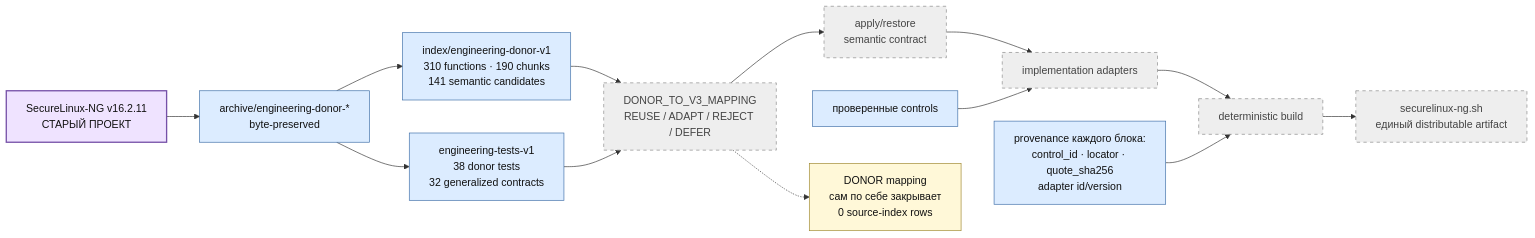
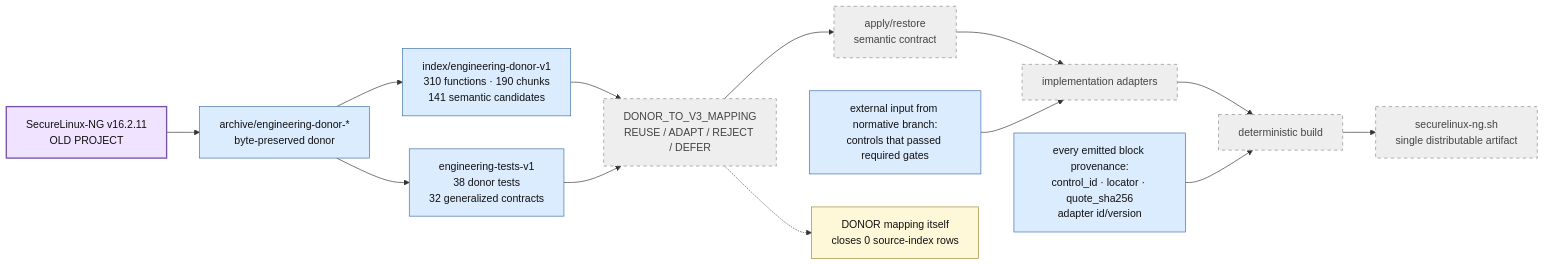
The third of 5 diagrams in docs/PROJECT-MAP-v3.md (rasav65/SecureLinux-Policy), drawn with Mermaid before and after one commit. The commit also changed other lines of this file and 16 other files, not shown here.

````diff
--- a/docs/PROJECT-MAP-v3.md
+++ b/docs/PROJECT-MAP-v3.md
@@ -130,33 +182,36 @@
 ```mermaid
 flowchart LR
-    OLD["SecureLinux-NG v16.2.11<br/>СТАРЫЙ ПРОЕКТ"]:::donor
+    OLD["SecureLinux-NG v16.2.11<br/>OLD PROJECT"]:::donor
 
-    ARCHIVE["archive/engineering-donor-*<br/>byte-preserved"]:::component
+    ARCHIVE["archive/engineering-donor-*<br/>byte-preserved donor"]:::component
     DONOR_INDEX["index/engineering-donor-v1<br/>310 functions · 190 chunks<br/>141 semantic candidates"]:::component
     DONOR_TESTS["engineering-tests-v1<br/>38 donor tests<br/>32 generalized contracts"]:::component
 
     MAP["DONOR_TO_V3_MAPPING<br/>REUSE / ADAPT / REJECT / DEFER"]:::future
     APPLY["apply/restore<br/>semantic contract"]:::future
     ADAPTERS["implementation adapters"]:::future
     BUILD["deterministic build"]:::future
-    SCRIPT["securelinux-ng.sh<br/>единый distributable artifact"]:::future
+    SCRIPT["securelinux-ng.sh<br/>single distributable artifact"]:::future
 
     OLD --> ARCHIVE
     ARCHIVE --> DONOR_INDEX
     ARCHIVE --> DONOR_TESTS
     DONOR_INDEX --> MAP
     DONOR_TESTS --> MAP
 
     MAP --> APPLY --> ADAPTERS --> BUILD --> SCRIPT
 
-    VERIFIED["проверенные controls"]:::component --> ADAPTERS
-    PROV["provenance каждого блока:<br/>control_id · locator · quote_sha256<br/>adapter id/version"]:::component --> BUILD
+    NORMIN["external input from normative branch:<br/>controls that passed required gates"]:::component
+    NORMIN --> ADAPTERS
 
-    ZERO["DONOR mapping<br/>сам по себе закрывает<br/>0 source-index rows"]:::note
+    PROVOUT["every emitted block provenance:<br/>control_id · locator · quote_sha256<br/>adapter id/version"]:::component
+    PROVOUT --> BUILD
+
+    ZERO["DONOR mapping itself<br/>closes 0 source-index rows"]:::note
     MAP -.-> ZERO
 
     classDef donor fill:#efe3ff,stroke:#7651a8,color:#111,stroke-width:2px;
     classDef component fill:#dcecff,stroke:#3e6ea8,color:#111;
     classDef future fill:#eeeeee,stroke:#888,color:#444,stroke-dasharray: 5 5;
     classDef note fill:#fff8d8,stroke:#9d8730,color:#111;
 ```
````
